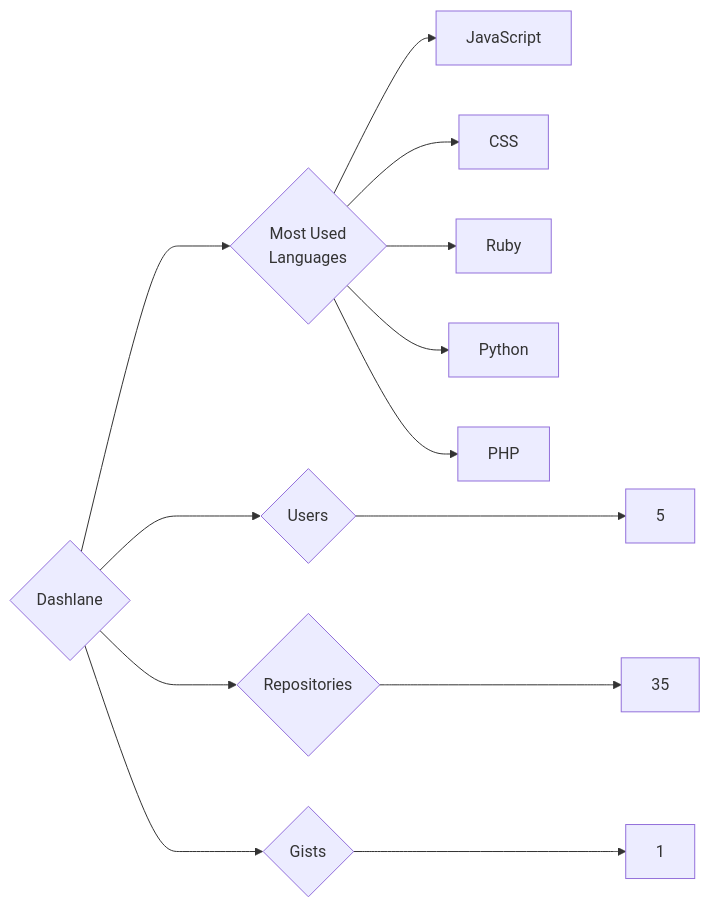
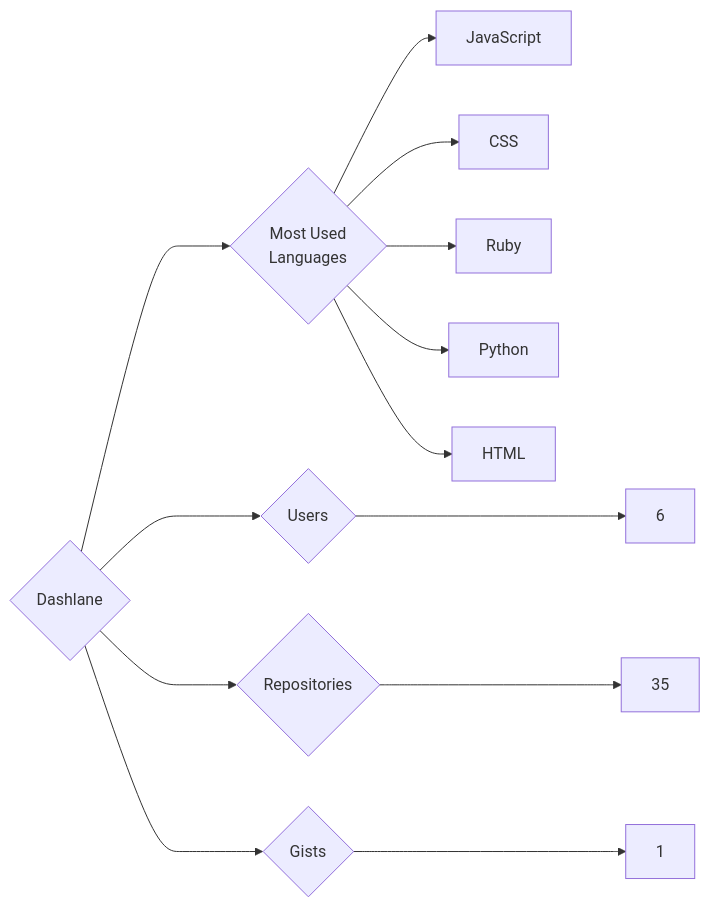
The diagram in targets/Dashlane/README.md (trickest/insiders), drawn with Mermaid before and after one commit. The commit also changed 857 other files, not shown here.

````diff
--- a/targets/Dashlane/README.md
+++ b/targets/Dashlane/README.md
@@ -3,13 +3,13 @@
 ```mermaid
 graph LR
 COMPANY_NAME{Dashlane}
-COMPANY_NAME ---> U{Users} ---> UN[5]
+COMPANY_NAME ---> U{Users} ---> UN[6]
 COMPANY_NAME ---> R{Repositories} ---> RN[35]
 COMPANY_NAME ---> G{Gists} ---> GN[1]
 COMPANY_NAME ---> ML{Most Used<br>Languages}
 ML --> JavaScript[JavaScript]
 ML --> CSS[CSS]
 ML --> Ruby[Ruby]
 ML --> Python[Python]
-ML --> PHP[PHP]
+ML --> HTML[HTML]
 ```
````
